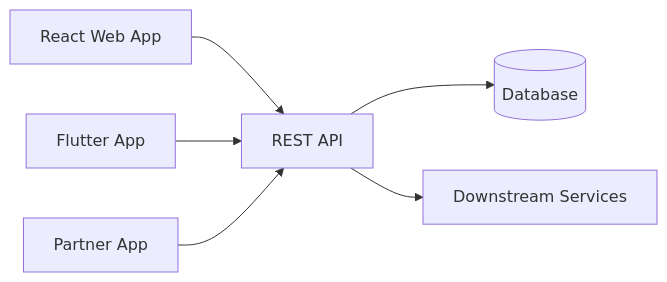
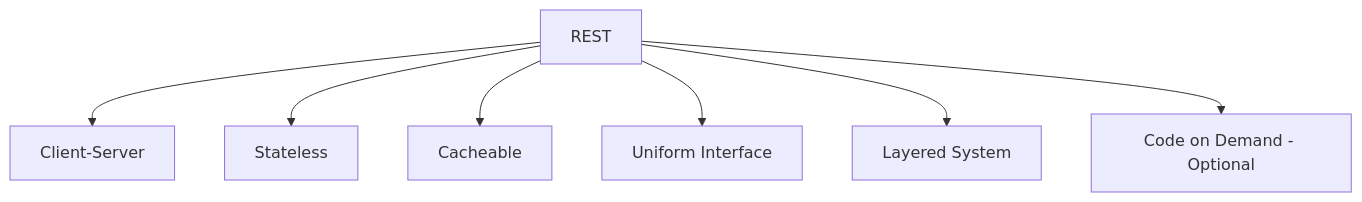
One commit to AvadhBhalodiya/Interview-Preparation changed the second of 4 diagrams in src/content/api-design/rest-http-methods-status-codes.md. Above: the diagram before and after it, drawn with Mermaid. The commit also changed other lines of this file and 54 other files, not shown here.

````diff
--- a/src/content/api-design/rest-http-methods-status-codes.md
+++ b/src/content/api-design/rest-http-methods-status-codes.md
@@ -157,8 +140,9 @@
 ```mermaid
-flowchart LR
-    W[React Web App] --> API[REST API]
-    F[Flutter App] --> API
-    P[Partner App] --> API
-    API --> DB[(Database)]
-    API --> SVC[Downstream Services]
+flowchart TD
+    REST[REST] --> CS[Client-Server]
+    REST --> ST[Stateless]
+    REST --> CA[Cacheable]
+    REST --> UI[Uniform Interface]
+    REST --> LS[Layered System]
+    REST --> COD[Code on Demand - Optional]
 ```
````
